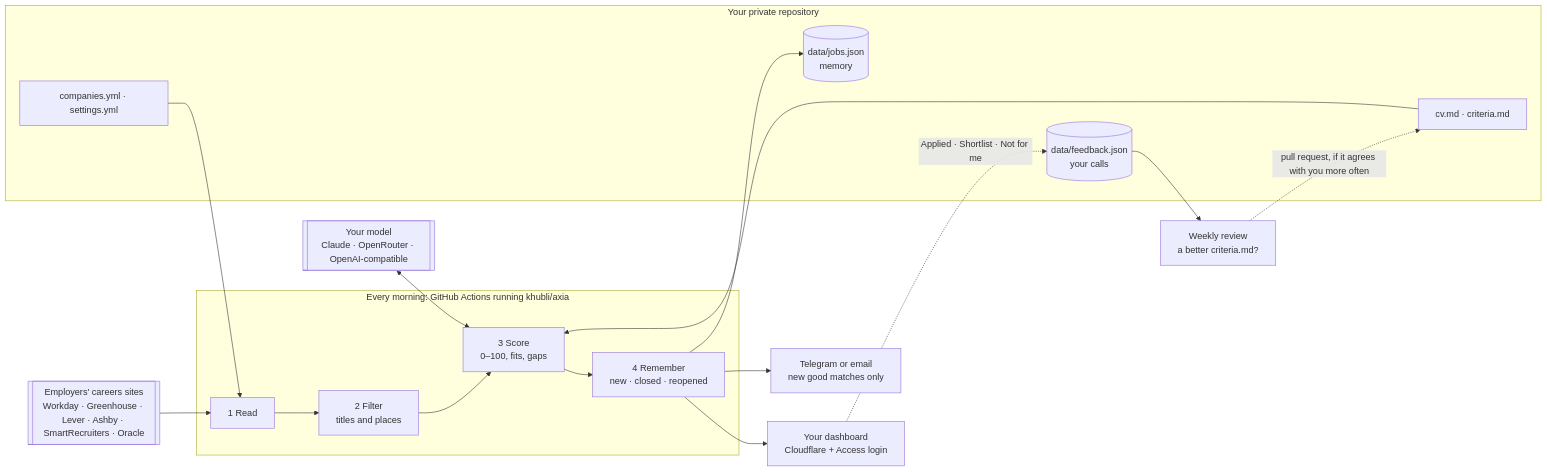
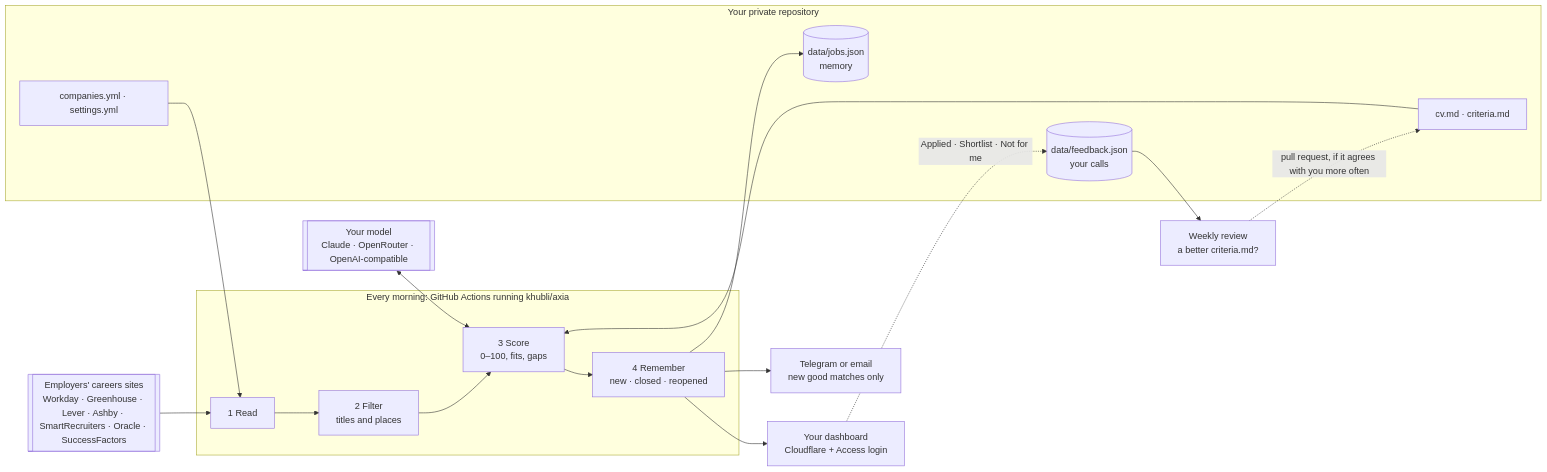
Before and after one commit to khubli/axia: the diagram in docs/how-it-works.md, drawn with Mermaid. The commit also changed other lines of this file and 19 other files, not shown here.

First line of the commit message:
Read SAP SuccessFactors career sites, and Oracle sites in the EU (1.6.0)

````diff
--- a/docs/how-it-works.md
+++ b/docs/how-it-works.md
@@ -5,24 +5,24 @@
 ```mermaid
 flowchart LR
   subgraph you["Your private repository"]
     cfg["companies.yml · settings.yml"]
     cv["cv.md · criteria.md"]
     mem[("data/jobs.json<br/>memory")]
     fb[("data/feedback.json<br/>your calls")]
   end
-  sites[["Employers' careers sites<br/>Workday · Greenhouse · Lever · Ashby · SmartRecruiters · Oracle"]]
+  sites[["Employers' careers sites<br/>Workday · Greenhouse · Lever · Ashby · SmartRecruiters · Oracle · SuccessFactors"]]
   model[["Your model<br/>Claude · OpenRouter · OpenAI-compatible"]]
   subgraph run["Every morning: GitHub Actions running khubli/axia"]
     read["1 Read"] --> filter["2 Filter<br/>titles and places"] --> score["3 Score<br/>0–100, fits, gaps"] --> remember["4 Remember<br/>new · closed · reopened"]
   end
   cfg --> read
   sites --> read
   cv --> score
   model <--> score
   remember --> mem
   remember --> dash["Your dashboard<br/>Cloudflare + Access login"]
   remember --> msg["Telegram or email<br/>new good matches only"]
   dash -. "Applied · Shortlist · Not for me" .-> fb
   fb --> review["Weekly review<br/>a better criteria.md?"]
   review -. "pull request, if it agrees with you more often" .-> cv
 ```
````
